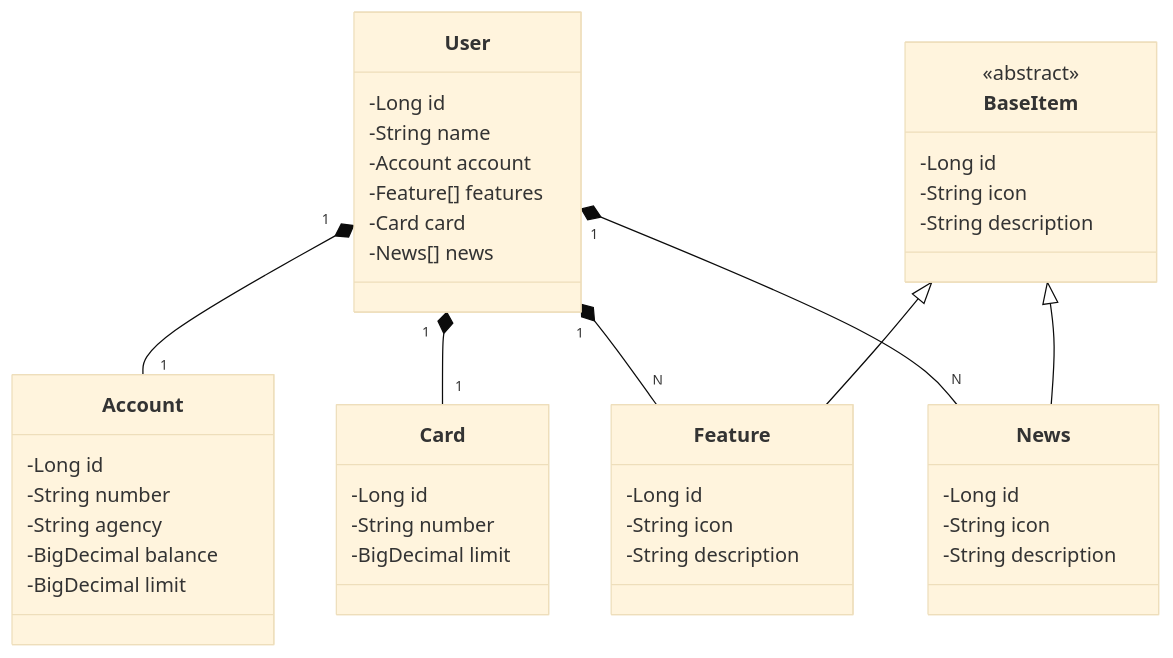
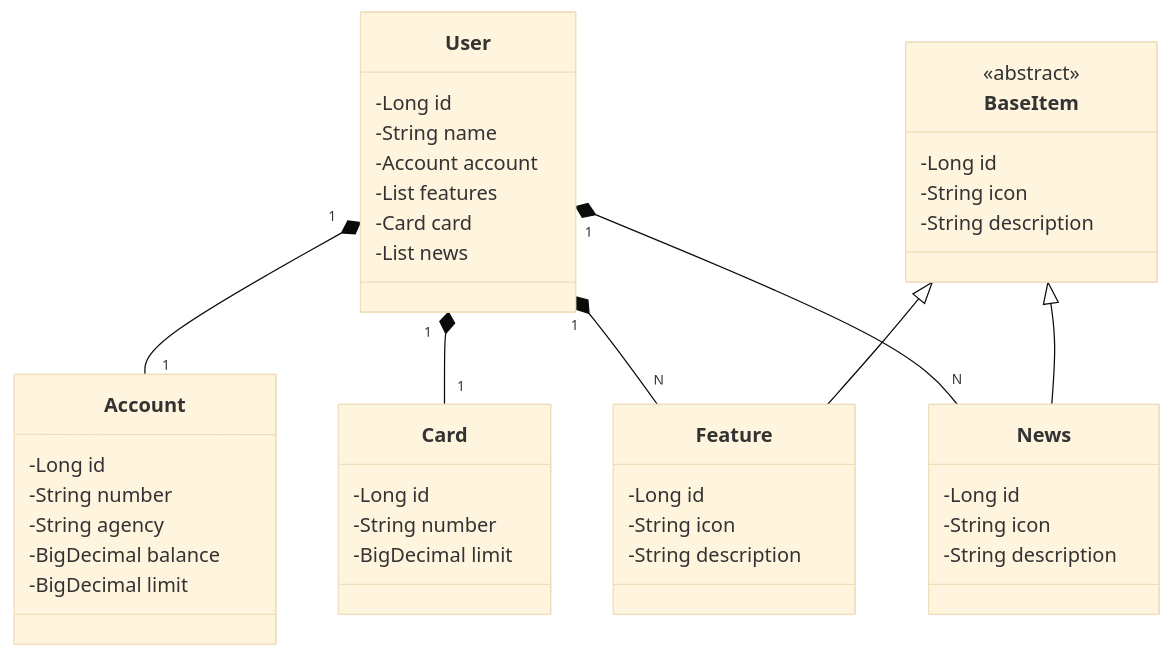
The diagram in README.md (aronricardo93/devbank), drawn with Mermaid (base theme) before and after one commit.

Commit message:
[DOCS] - Update README.md

````diff
--- a/README.md
+++ b/README.md
@@ -4,53 +4,53 @@
 ```mermaid
 classDiagram
   class User {
     -Long id
     -String name
     -Account account
-    -Feature[] features
+    -List<Feature> features
     -Card card
-    -News[] news
+    -List<News> news
   }
 
   class Account {
     -Long id
     -String number
     -String agency
     -BigDecimal balance
     -BigDecimal limit
   }
 
   class Feature {
     -Long id
     -String icon
     -String description
   }
 
   class Card {
     -Long id
     -String number
     -BigDecimal limit
   }
 
   class News {
     -Long id
     -String icon
     -String description
   }
 
   class BaseItem{
     <<abstract>>
     -Long id
     -String icon
     -String description
   }
 
   BaseItem <|-- Feature
   BaseItem <|-- News
   User "1" *-- "1" Account
   User "1" *-- "N" Feature
   User "1" *-- "1" Card
   User "1" *-- "N" News
 
   
 ```
````
